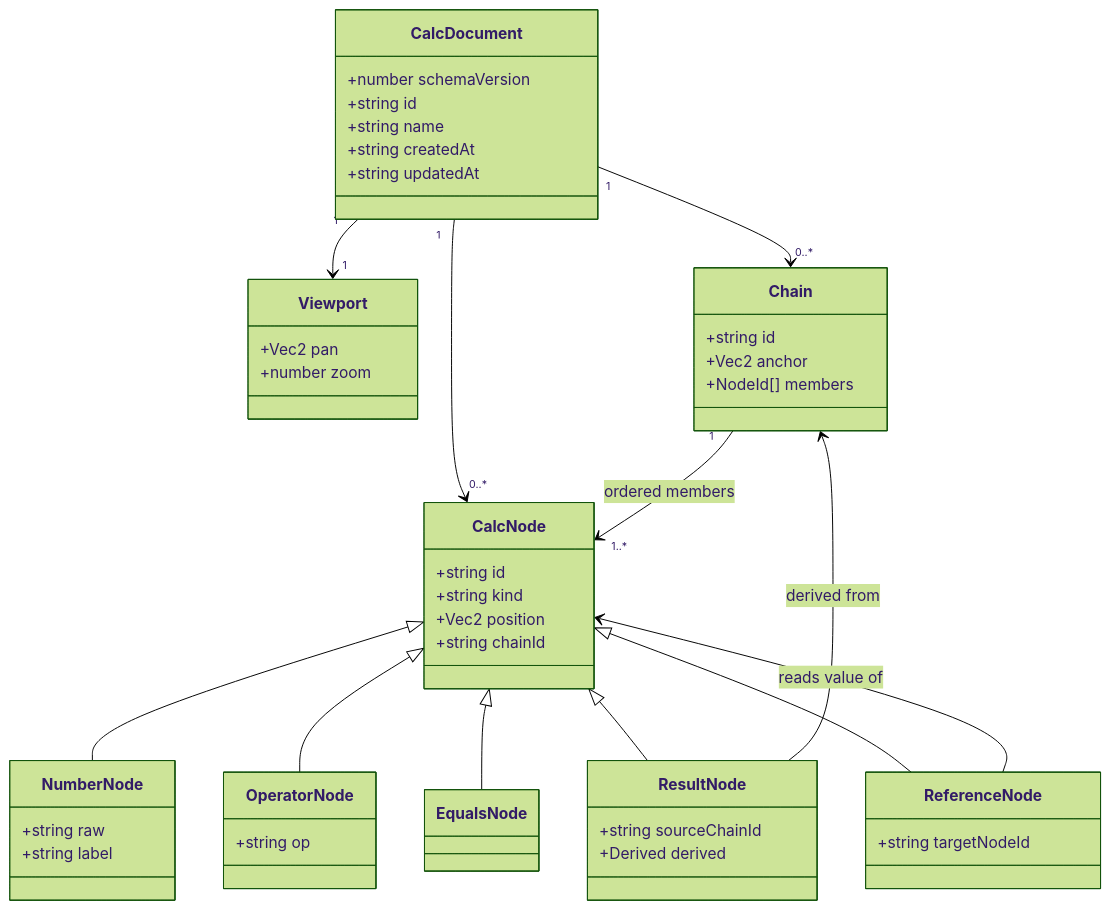
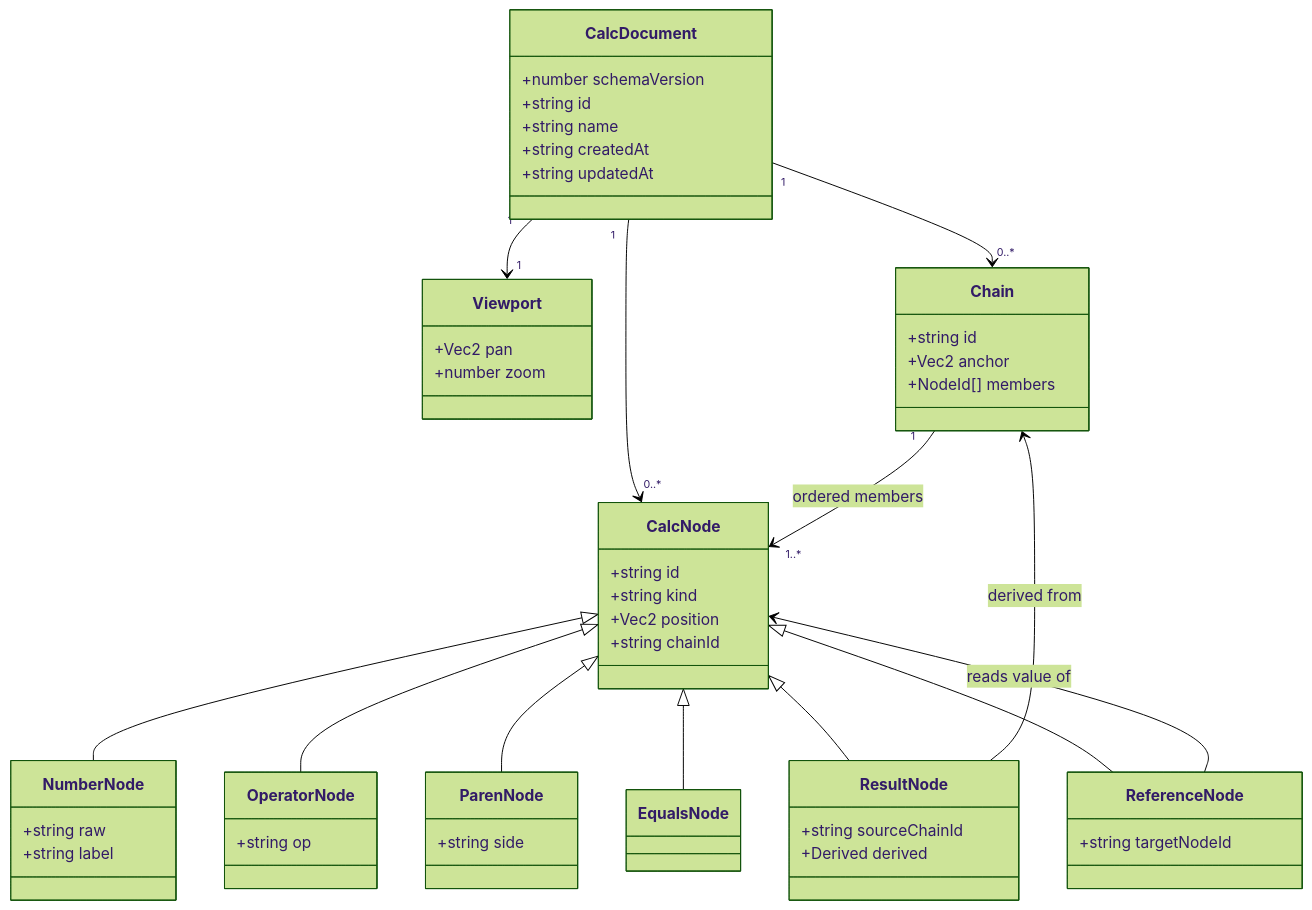
One commit to tousifosman/CalcMind changed the second of 9 diagrams in docs/ARCHITECTURE.md. Above: the diagram before and after it, drawn with Mermaid (forest theme). The commit also changed other lines of this file and 1 other file, not shown here.

````diff
--- a/docs/ARCHITECTURE.md
+++ b/docs/ARCHITECTURE.md
@@ -214,53 +275,57 @@
 ```mermaid
 classDiagram
     class CalcDocument {
         +number schemaVersion
         +string id
         +string name
         +string createdAt
         +string updatedAt
     }
     class Viewport {
         +Vec2 pan
         +number zoom
     }
     class Chain {
         +string id
         +Vec2 anchor
         +NodeId[] members
     }
     class CalcNode {
         +string id
         +string kind
         +Vec2 position
         +string chainId
     }
     class NumberNode {
         +string raw
         +string label
     }
     class OperatorNode {
         +string op
     }
     class EqualsNode {
     }
+    class ParenNode {
+        +string side
+    }
     class ResultNode {
         +string sourceChainId
         +Derived derived
     }
     class ReferenceNode {
         +string targetNodeId
     }
 
     CalcDocument "1" --> "1" Viewport
     CalcDocument "1" --> "0..*" Chain
     CalcDocument "1" --> "0..*" CalcNode
     Chain "1" --> "1..*" CalcNode : ordered members
     CalcNode <|-- NumberNode
     CalcNode <|-- OperatorNode
+    CalcNode <|-- ParenNode
     CalcNode <|-- EqualsNode
     CalcNode <|-- ResultNode
     CalcNode <|-- ReferenceNode
     ResultNode --> Chain : derived from
     ReferenceNode --> CalcNode : reads value of
 ```
````
